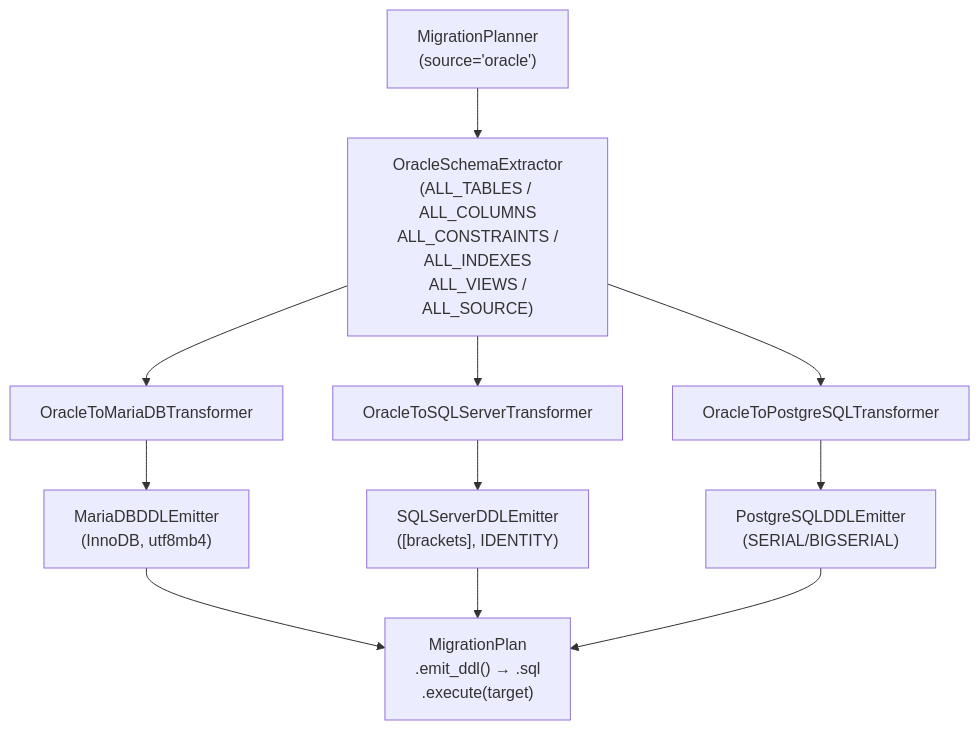
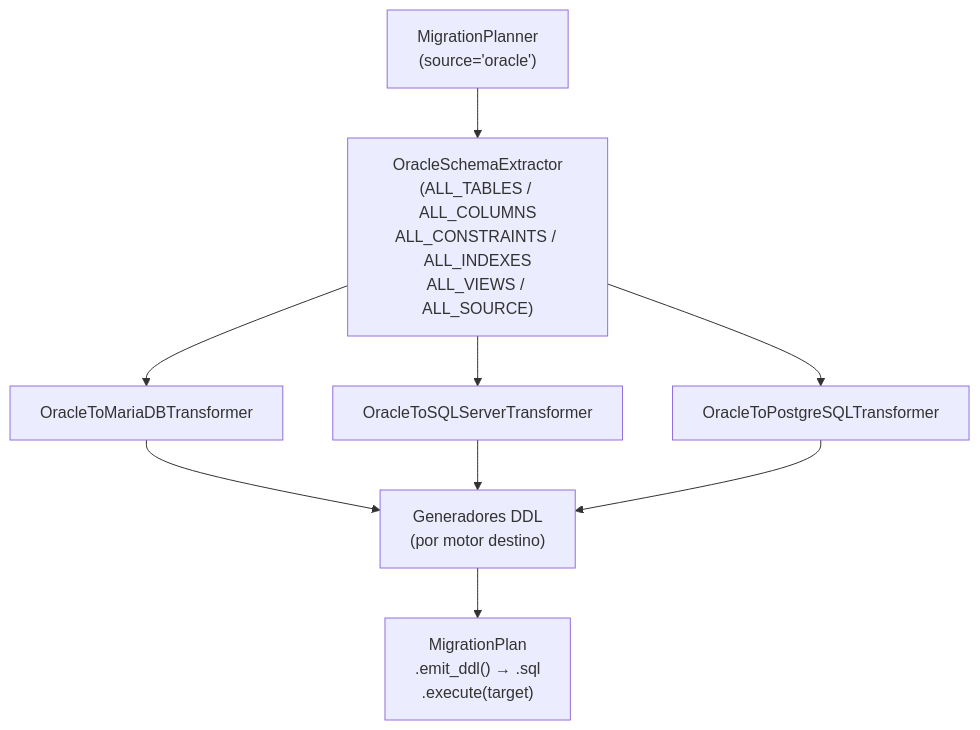
Before and after one commit to fmanza/util_bbdd: the diagram in docs/api/migrate-oracle-mariadb.md, drawn with Mermaid. The commit also changed other lines of this file and 117 other files, not shown here.

````diff
--- a/docs/api/migrate-oracle-mariadb.md
+++ b/docs/api/migrate-oracle-mariadb.md
@@ -11,19 +7,15 @@
 ```mermaid
 flowchart TD
     PL["MigrationPlanner\n(source='oracle')"]
-    EX["OracleSchemaExtractor\n(ALL_TABLES / ALL_COLUMNS\n ALL_CONSTRAINTS / ALL_INDEXES\n ALL_VIEWS / ALL_SOURCE)"]
+    EX["OracleSchemaExtractor\n(ALL_TABLES / ALL_COLUMNS\nALL_CONSTRAINTS / ALL_INDEXES\nALL_VIEWS / ALL_SOURCE)"]
     TR_MB["OracleToMariaDBTransformer"]
     TR_SS["OracleToSQLServerTransformer"]
     TR_PG["OracleToPostgreSQLTransformer"]
-    EM_MB["MariaDBDDLEmitter\n(InnoDB, utf8mb4)"]
-    EM_SS["SQLServerDDLEmitter\n([brackets], IDENTITY)"]
-    EM_PG["PostgreSQLDDLEmitter\n(SERIAL/BIGSERIAL)"]
+    EM["Generadores DDL\n(por motor destino)"]
     OUT["MigrationPlan\n.emit_ddl() → .sql\n.execute(target)"]
 
     PL --> EX
     EX --> TR_MB & TR_SS & TR_PG
-    TR_MB --> EM_MB
-    TR_SS --> EM_SS
-    TR_PG --> EM_PG
-    EM_MB & EM_SS & EM_PG --> OUT
+    TR_MB & TR_SS & TR_PG --> EM
+    EM --> OUT
 ```
````
